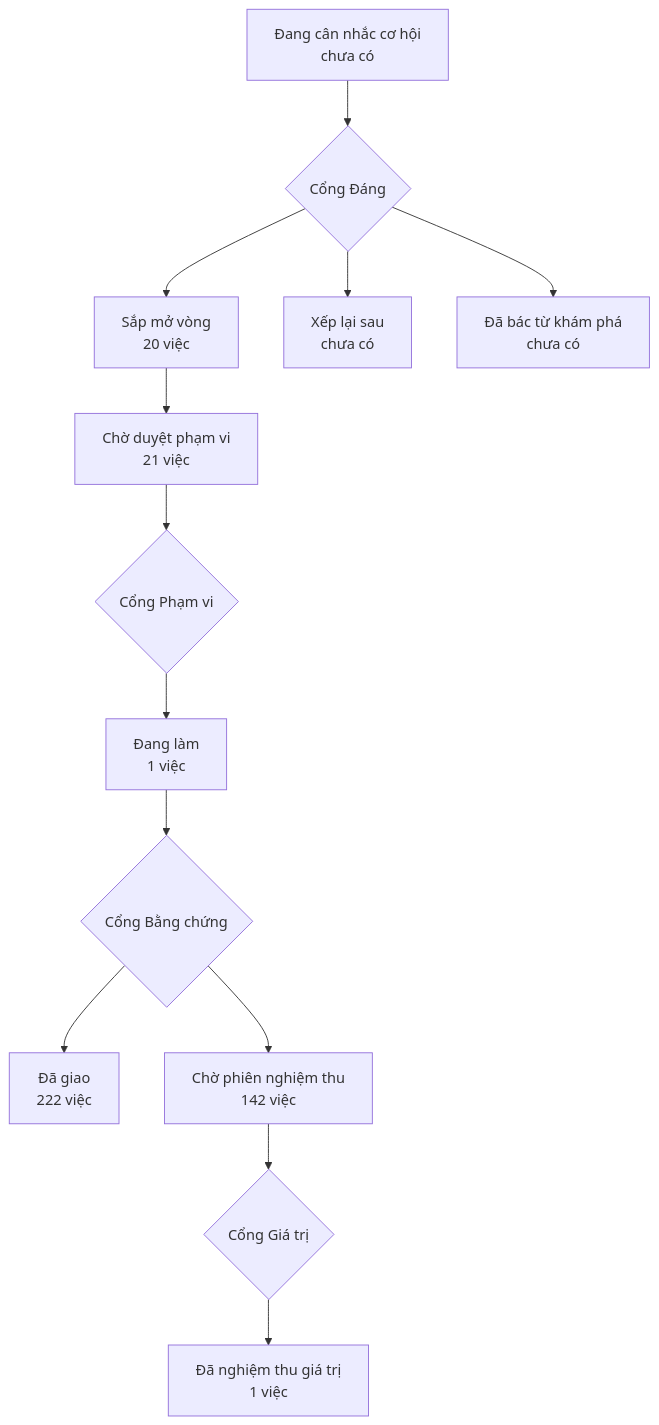
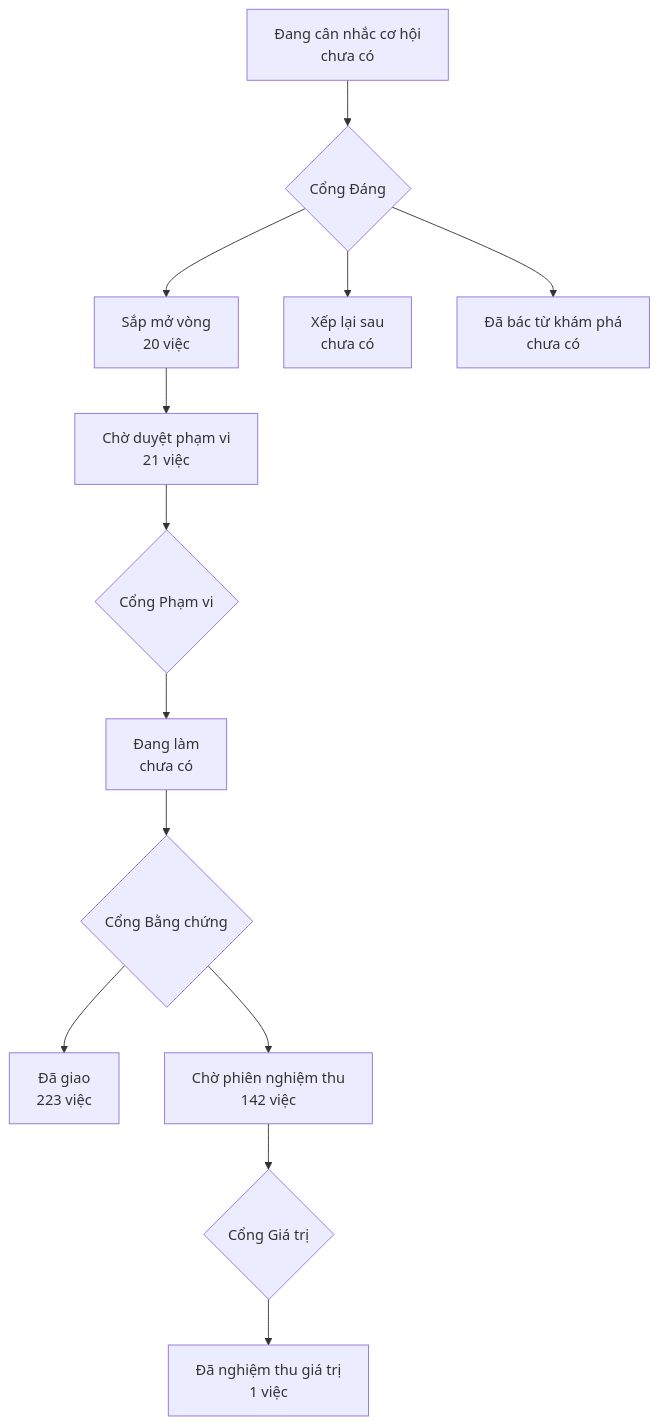
The diagram in PRODUCT-MAP.md (phanlemanh/onehub-invest), drawn with Mermaid before and after one commit. The commit also changed other lines of this file and 8 other files, not shown here.

````diff
--- a/PRODUCT-MAP.md
+++ b/PRODUCT-MAP.md
@@ -7,12 +7,12 @@
 ```mermaid
 flowchart TD
   A["Đang cân nhắc cơ hội<br/>chưa có"] --> GD{"Cổng Đáng"}
   GD --> B["Sắp mở vòng<br/>20 việc"]
   GD --> XL["Xếp lại sau<br/>chưa có"]
   GD --> DB["Đã bác từ khám phá<br/>chưa có"]
   B --> CD["Chờ duyệt phạm vi<br/>21 việc"] --> GP{"Cổng Phạm vi"}
-  GP --> DL["Đang làm<br/>1 việc"] --> GB{"Cổng Bằng chứng"}
-  GB --> DG["Đã giao<br/>222 việc"]
+  GP --> DL["Đang làm<br/>chưa có"] --> GB{"Cổng Bằng chứng"}
+  GB --> DG["Đã giao<br/>223 việc"]
   GB --> CN["Chờ phiên nghiệm thu<br/>142 việc"] --> GG{"Cổng Giá trị"}
   GG --> NT["Đã nghiệm thu giá trị<br/>1 việc"]
 ```
````
